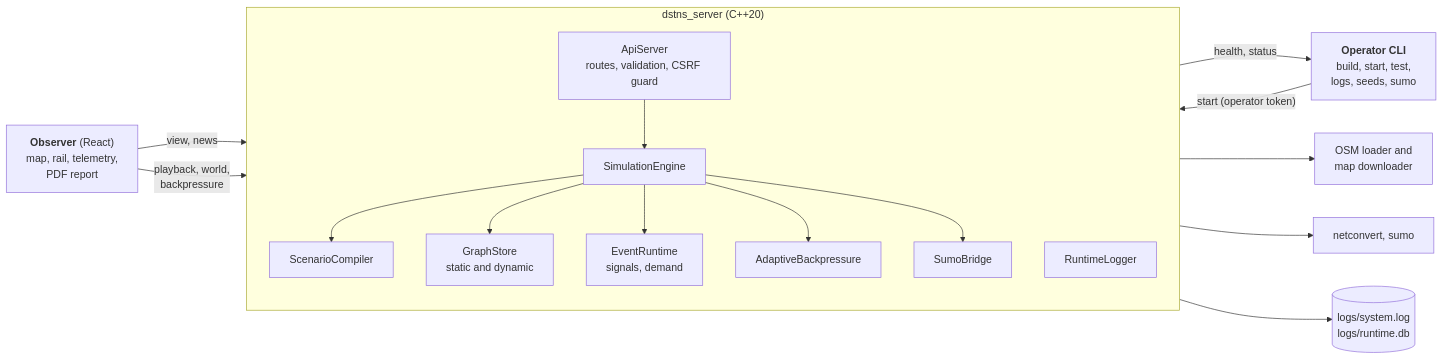
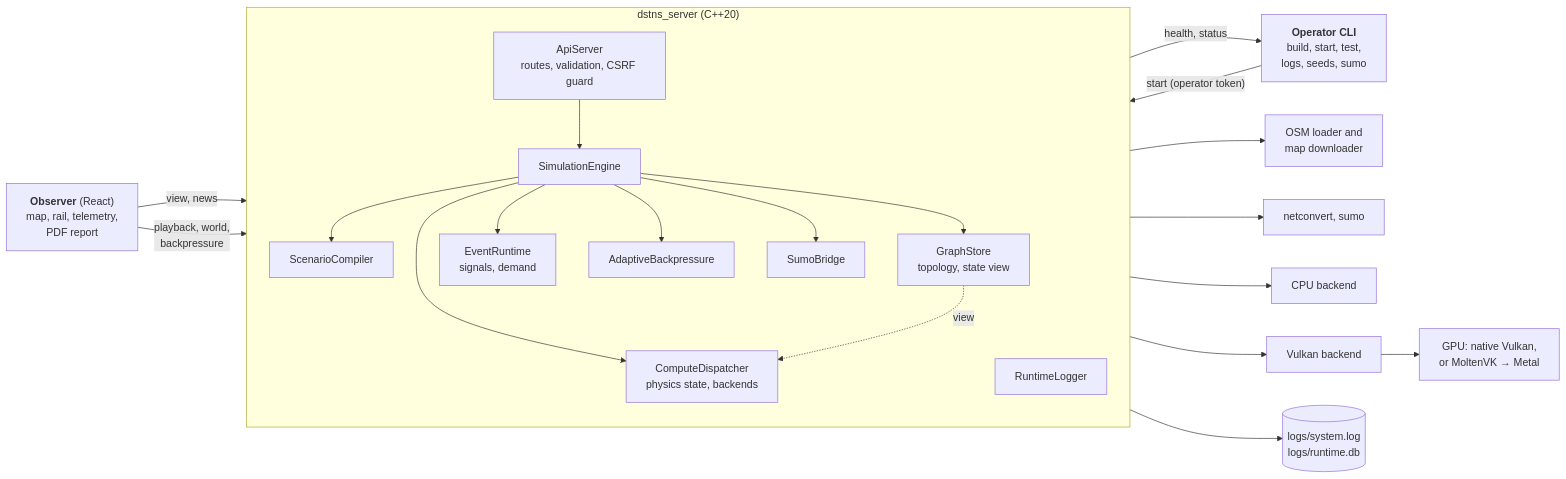
Before and after one commit to varunkarthic/DSTNS: the first of 3 diagrams in docs/concepts/architecture.md, drawn with Mermaid. The commit also changed other lines of this file and 28 other files, not shown here.

First line of the commit message:
docs: GPU acceleration and the compute architecture; release 2.2.0

````diff
--- a/docs/concepts/architecture.md
+++ b/docs/concepts/architecture.md
@@ -12,29 +12,34 @@
 ```mermaid
 flowchart LR
     CLI["<b>Operator CLI</b><br/>build, start, test,<br/>logs, seeds, sumo"]
     OBS["<b>Observer</b> (React)<br/>map, rail, telemetry,<br/>PDF report"]
     subgraph CORE["dstns_server (C++20)"]
         direction TB
         API["ApiServer<br/>routes, validation, CSRF guard"]
         ENG["SimulationEngine"]
         COMP["ScenarioCompiler"]
-        GS["GraphStore<br/>static and dynamic"]
+        GS["GraphStore<br/>topology, state view"]
+        CD["ComputeDispatcher<br/>physics state, backends"]
         EV["EventRuntime<br/>signals, demand"]
         ASB["AdaptiveBackpressure"]
         SB["SumoBridge"]
         LOG["RuntimeLogger"]
         API --> ENG
         ENG --> COMP
         ENG --> GS
+        ENG --> CD
+        GS -. "view" .-> CD
         ENG --> EV
         ENG --> ASB
         ENG --> SB
     end
     CLI -- "start (operator token)" --> API
     API -- "health, status" --> CLI
     OBS -- "view, news" --> API
     OBS -- "playback, world,<br/>backpressure" --> API
     COMP --> OSM["OSM loader and<br/>map downloader"]
     SB --> SUMO["netconvert, sumo"]
+    CD --> CPUB["CPU backend"]
+    CD --> VKB["Vulkan backend"] --> GPUD["GPU: native Vulkan,<br/>or MoltenVK → Metal"]
     CORE --> LOGS[("logs/system.log<br/>logs/runtime.db")]
 ```
````
